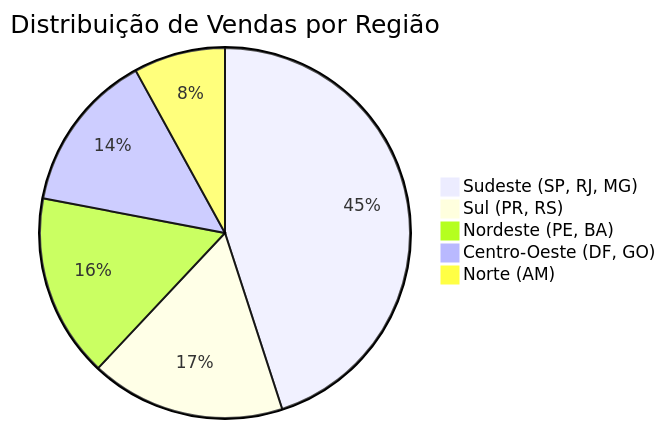
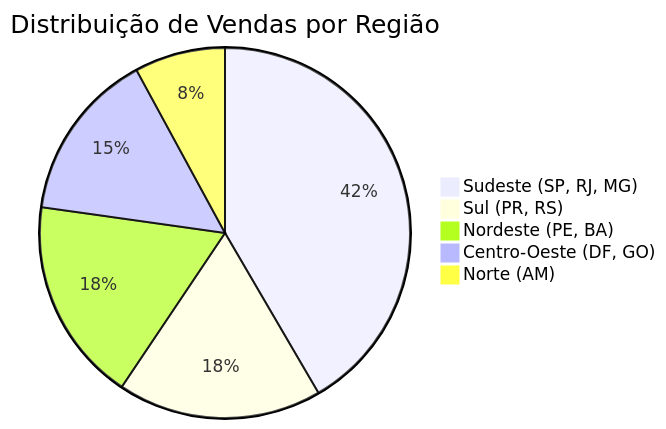
One commit to Igor-Scalzer010/Sales-Analytics changed the third of 5 diagrams in docs/banco-de-dados.md. Above: the diagram before and after it, drawn with Mermaid. The commit also changed other lines of this file, not shown here.

````diff
--- a/docs/banco-de-dados.md
+++ b/docs/banco-de-dados.md
@@ -369,8 +369,8 @@
 ```mermaid
 pie title Distribuição de Vendas por Região
-    "Sudeste (SP, RJ, MG)" : 45
-    "Sul (PR, RS)" : 17
-    "Nordeste (PE, BA)" : 16
-    "Centro-Oeste (DF, GO)" : 14
+    "Sudeste (SP, RJ, MG)" : 42
+    "Sul (PR, RS)" : 18
+    "Nordeste (PE, BA)" : 18
+    "Centro-Oeste (DF, GO)" : 15
     "Norte (AM)" : 8
 ```
````
